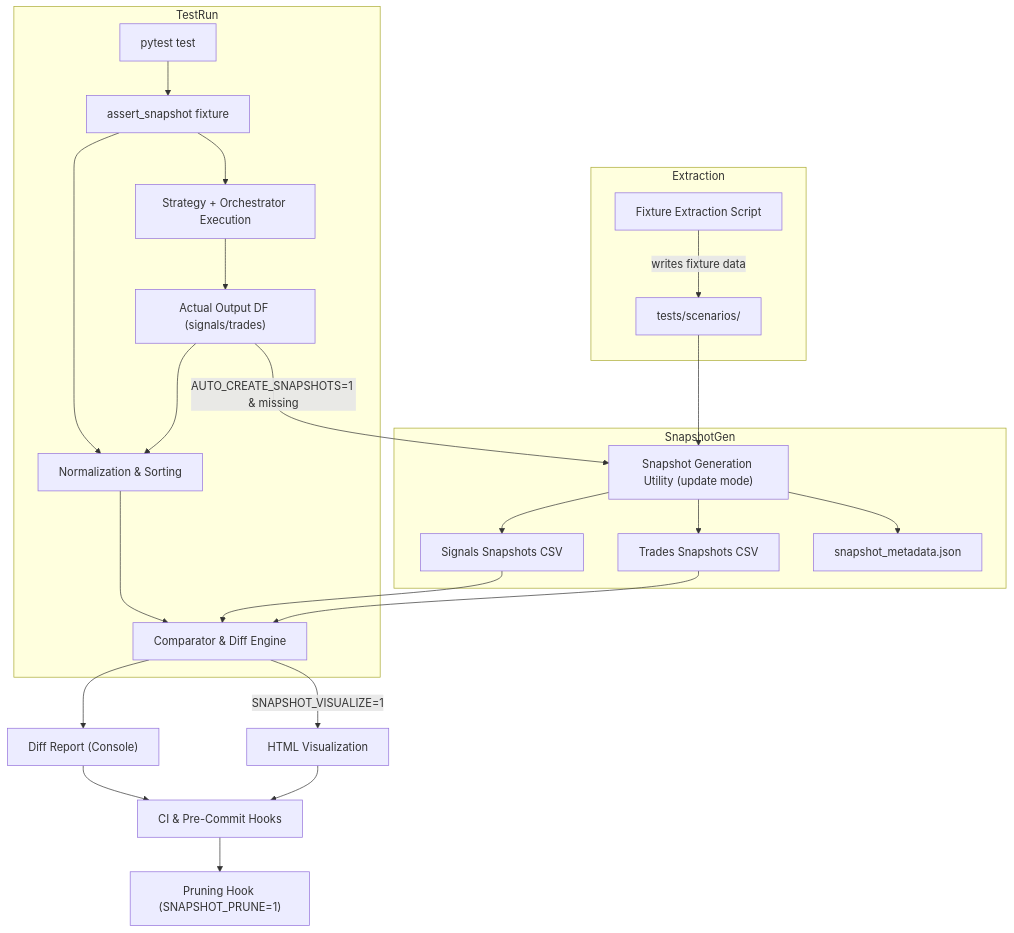
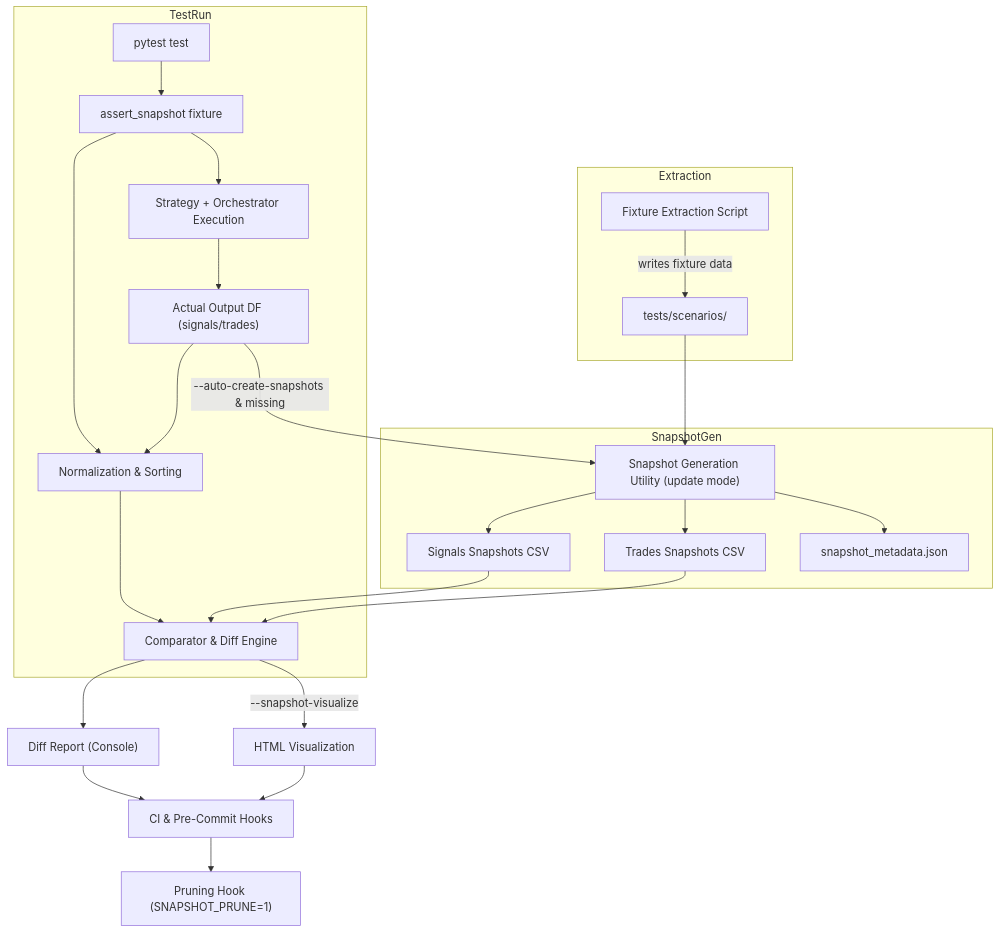
Before and after one commit to Wenting-Luo2993/strategy-lab: the diagram in python/docs/snapshot_testing_requirements.md, drawn with Mermaid. The commit also changed other lines of this file and 1 other file, not shown here.

````diff
--- a/python/docs/snapshot_testing_requirements.md
+++ b/python/docs/snapshot_testing_requirements.md
@@ -249,33 +261,33 @@
 ```mermaid
 flowchart TD
   subgraph Extraction
     A[Fixture Extraction Script]
     A -->|writes fixture data| B[tests/scenarios/<fixture>]
   end
 
   subgraph SnapshotGen
     SG["Snapshot Generation Utility (update mode)"] --> D1[Signals Snapshots CSV]
     SG --> D2[Trades Snapshots CSV]
     SG --> M[snapshot_metadata.json]
   end
 
   B --> SG
 
   subgraph TestRun
     T[pytest test] --> FX[assert_snapshot fixture]
     FX --> H[Strategy + Orchestrator Execution]
     H --> O["Actual Output DF (signals/trades)"]
     FX --> N[Normalization & Sorting]
     N --> CMP[Comparator & Diff Engine]
   end
 
   O --> N
   D1 --> CMP
   D2 --> CMP
   CMP --> OUT["Diff Report (Console)"]
-  CMP -->|SNAPSHOT_VISUALIZE=1| HTML[HTML Visualization]
-  O -->|AUTO_CREATE_SNAPSHOTS=1 & missing| SG
+  CMP -->|--snapshot-visualize| HTML[HTML Visualization]
+  O -->|--auto-create-snapshots & missing| SG
   OUT --> CI[CI & Pre-Commit Hooks]
   HTML --> CI
     CI --> PRN["Pruning Hook (SNAPSHOT_PRUNE=1)"]
 ```
````
